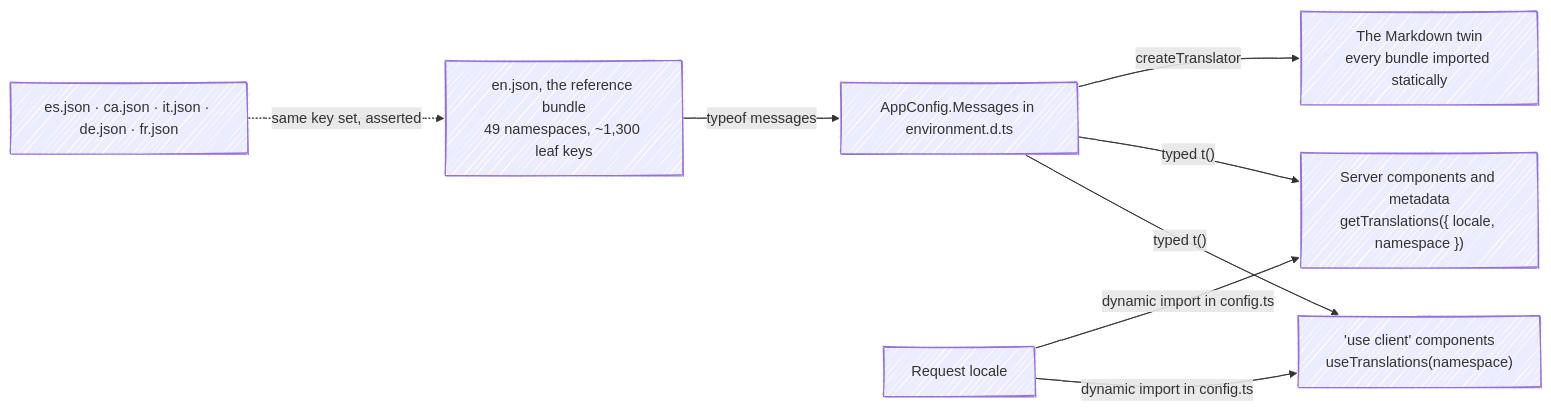
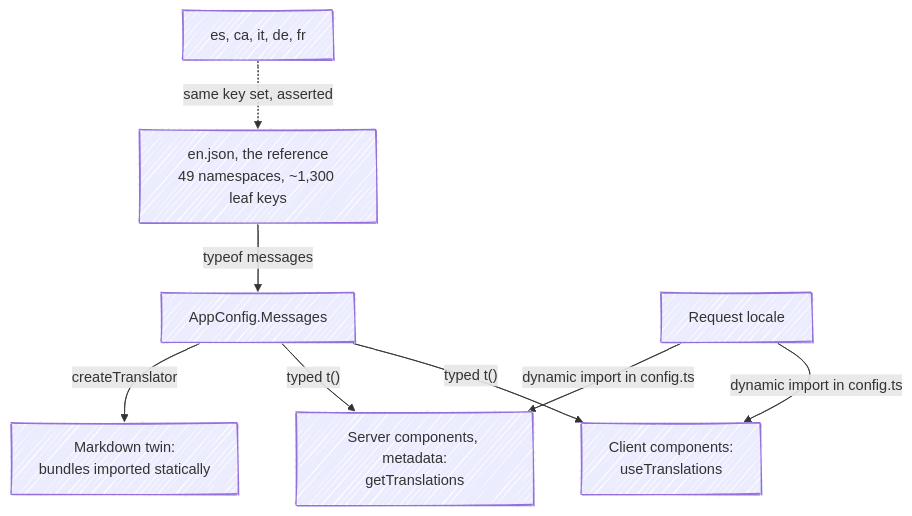
The second of 2 diagrams in apps/docs/src/content/docs/how-it-works/i18n.mdx (fbuireu/forever-pto), drawn with Mermaid before and after one commit. The commit also changed other lines of this file and 16 other files, not shown here.

First line of the commit message:
docs(docs): fix how-it-works drift and rework the diagrams to read at column width

````diff
--- a/apps/docs/src/content/docs/how-it-works/i18n.mdx
+++ b/apps/docs/src/content/docs/how-it-works/i18n.mdx
@@ -70,14 +70,14 @@
 ```mermaid
 ---
 config:
   look: handDrawn
   layout: dagre
 ---
-flowchart LR
-  EN["en.json, the reference bundle<br/>49 namespaces, ~1,300 leaf keys"] -->|"typeof messages"| T["AppConfig.Messages in environment.d.ts"]
-  T -->|"typed t()"| CC["'use client' components<br/>useTranslations(namespace)"]
-  T -->|"typed t()"| SC["Server components and metadata<br/>getTranslations({ locale, namespace })"]
-  T -->|"createTranslator"| MD["The Markdown twin<br/>every bundle imported statically"]
-  ES["es.json · ca.json · it.json · de.json · fr.json"] -.->|"same key set, asserted"| EN
+flowchart TB
+  EN["en.json, the reference<br/>49 namespaces, ~1,300 leaf keys"] -->|"typeof messages"| T["AppConfig.Messages"]
+  T -->|"typed t()"| CC["Client components:<br/>useTranslations"]
+  T -->|"typed t()"| SC["Server components, metadata:<br/>getTranslations"]
+  T -->|createTranslator| MD["Markdown twin:<br/>bundles imported statically"]
+  ES["es, ca, it, de, fr"] -.->|"same key set, asserted"| EN
   REQ["Request locale"] -->|"dynamic import in config.ts"| CC & SC
 ```
````
